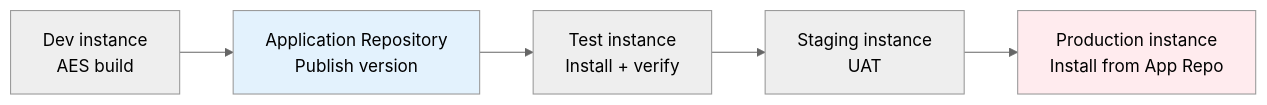
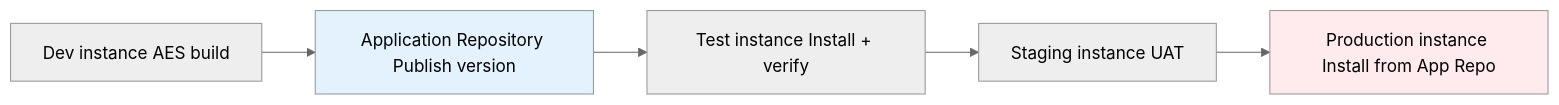
The third of 5 diagrams in docs/modules/app-engine/app-engine-guide.md (eltonaguiar/ServiceNow_Learning_TSOM-_CSM_FSM_SalesCRM_HAM_ITSM), drawn with Mermaid (neutral theme) before and after one commit. The commit also changed other lines of this file and 11 other files, not shown here.

First line of the commit message:
Fix all mermaid diagrams: remove br/ tags that break rendering on GitHub Pages

````diff
--- a/docs/modules/app-engine/app-engine-guide.md
+++ b/docs/modules/app-engine/app-engine-guide.md
@@ -228,10 +228,10 @@
 ```mermaid
 graph LR
-    Dev[Dev instance<br/>AES build] --> Repo[Application Repository<br/>Publish version]
-    Repo --> Test[Test instance<br/>Install + verify]
-    Test --> Staging[Staging instance<br/>UAT]
-    Staging --> Prod[Production instance<br/>Install from App Repo]
+    Dev[Dev instance AES build] --> Repo[Application Repository Publish version]
+    Repo --> Test[Test instance Install + verify]
+    Test --> Staging[Staging instance UAT]
+    Staging --> Prod[Production instance Install from App Repo]
 
     style Prod fill:#ffebee,color:#000
     style Repo fill:#e3f2fd,color:#000
 ```
````
